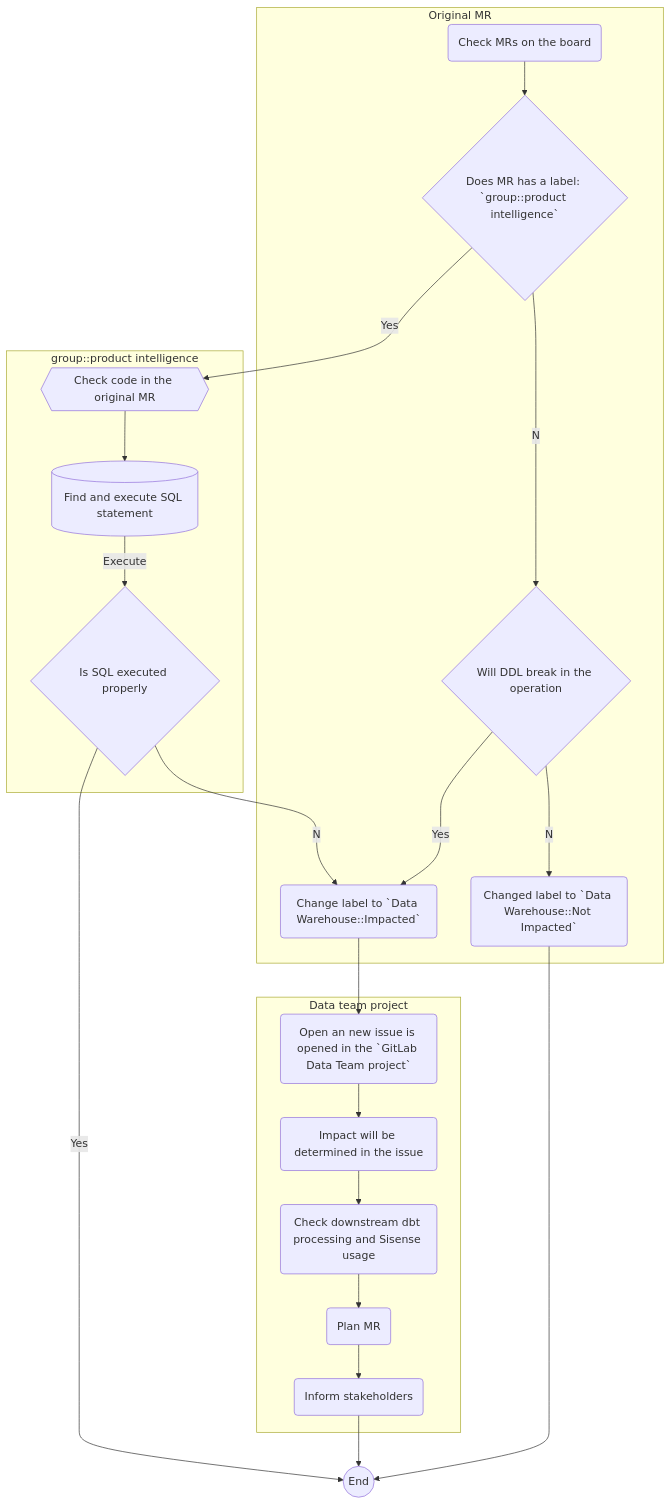
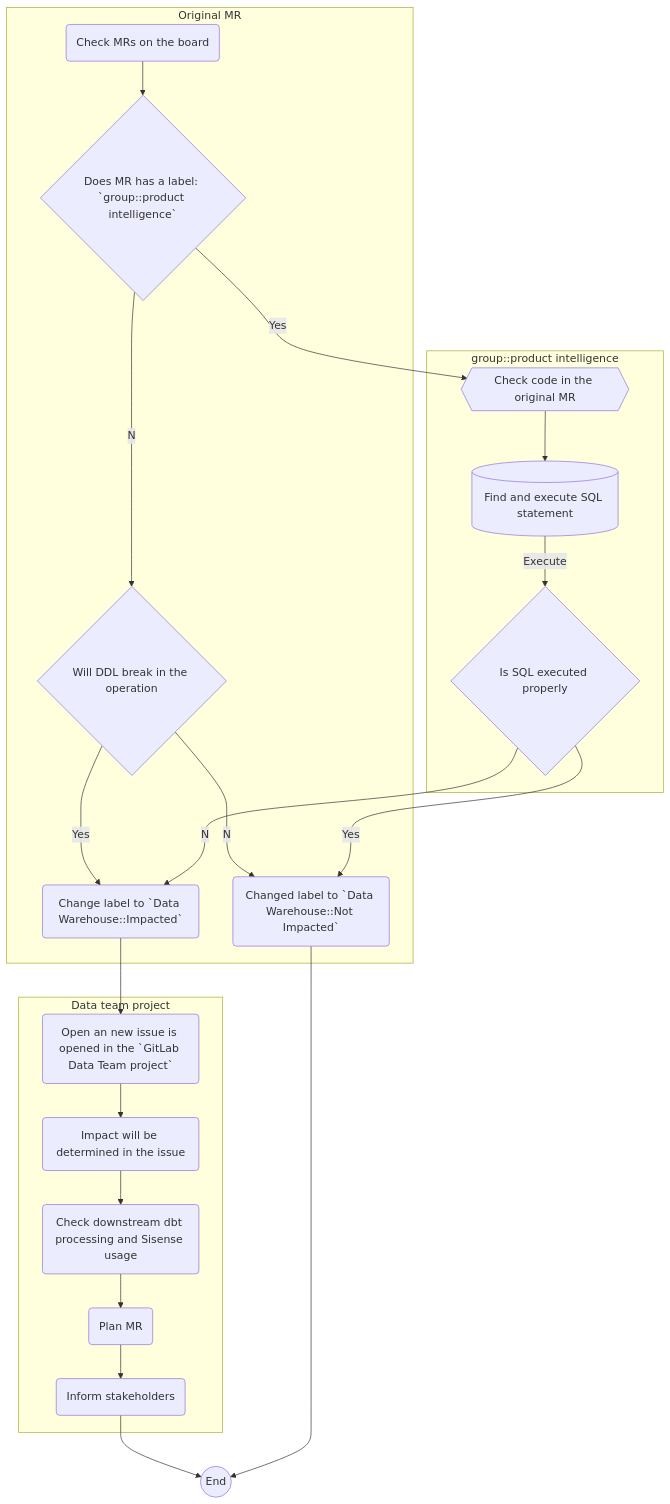
One commit to secretstartups/handbook changed the diagram in business-technology/data-team/how-we-work/triage/index.html.md. Above: the diagram before and after it, drawn with Mermaid.

Commit message:
Accept suggestion from code reviewer.

````diff
--- a/business-technology/data-team/how-we-work/triage/index.html.md
+++ b/business-technology/data-team/how-we-work/triage/index.html.md
@@ -131,31 +131,31 @@
 ```mermaid
 flowchart TD
     subgraph "Original MR"
        CHECK_BOARD
        ADDITIONAL_LABEL
        CLABEL
        CHANGE_LABEL_I
        CHECK_DDL
     end 
     CHECK_BOARD(Check MRs on the board) --> ADDITIONAL_LABEL{Does MR has a label: `group::product intelligence`}
     ADDITIONAL_LABEL --Yes--> CHECK_ORIGINAL_ISSUE_PI{{Check code in the original MR}}
     ADDITIONAL_LABEL --No--> CHECK_DDL{Will DDL break in the operation}
     CHECK_DDL --Yes--> CHANGE_LABEL_I(Change label to `Data Warehouse::Impacted`)
     CHECK_DDL --No-->CLABEL(Changed label to `Data Warehouse::Not Impacted`)
     CHANGE_LABEL_I-->OI(Open an new issue is opened in the `GitLab Data Team project`)
     subgraph "Data team project" 
        OI-->IM(Impact will be determined in the issue)
        IM-->CHECK(Check downstream dbt processing and Sisense usage)
        CHECK-->PL(Plan MR)
        PL-->INFORM(Inform stakeholders)
     end
     INFORM-->END((End))
     CLABEL-->END
-    OK_SQL--Yes-->END
+    OK_SQL--Yes-->CLABEL
     OK_SQL--No-->CHANGE_LABEL_I
     subgraph "group::product intelligence" 
         CHECK_ORIGINAL_ISSUE_PI -->SQL[(Find and execute SQL statement)]
         SQL--Execute-->OK_SQL{Is SQL executed properly}
 
     end
 ```
````
